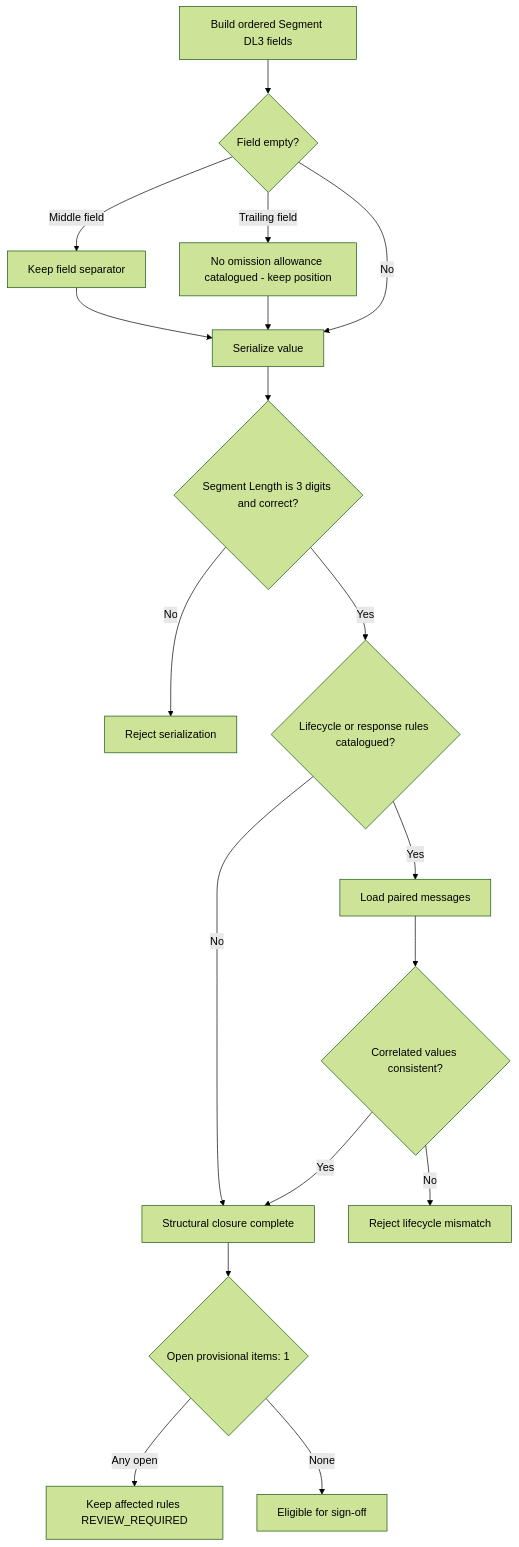
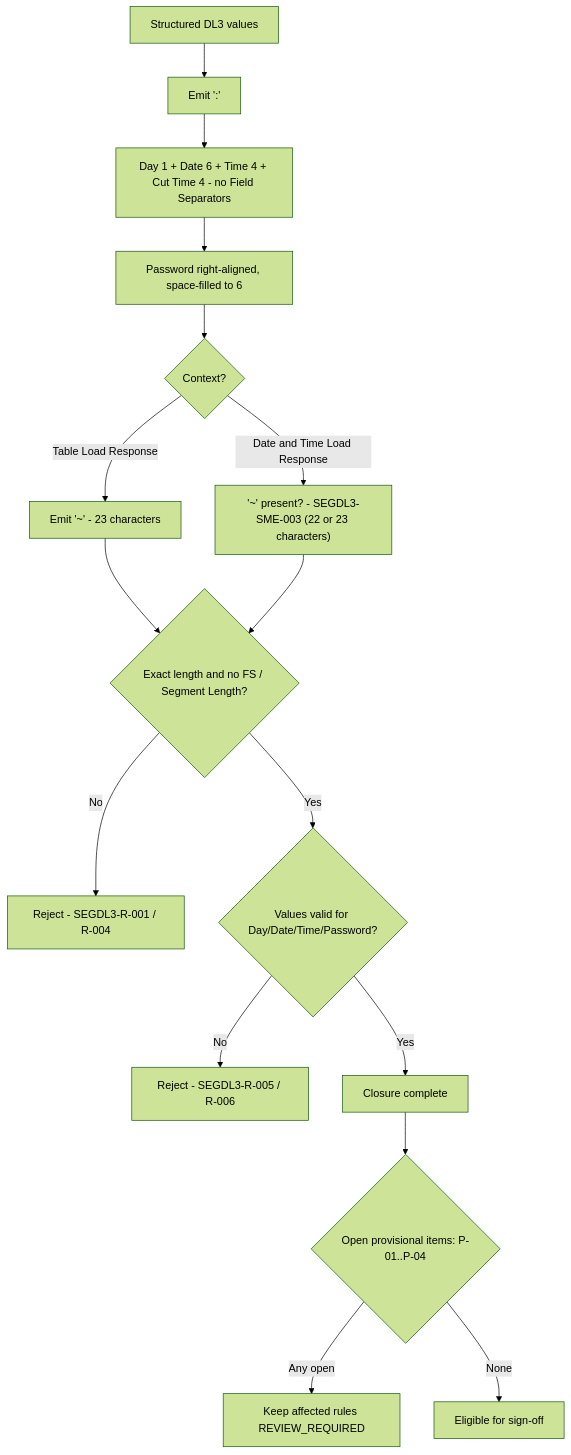
One commit to DhanSingh-hub/core-auth-ai-validation-framework changed the diagram in regression-artifact-validator/specifications/ATL105/docs/specs/kb/segment-DL3/final-closure-flow.md. Above: the diagram before and after it, drawn with Mermaid (forest theme). The commit also changed other lines of this file and 28 other files, not shown here.

First line of the commit message:
docs(segment-DL3): retrain KB module against Segment 100 and the 11.7 Date and Time Load layout

````diff
--- a/regression-artifact-validator/specifications/ATL105/docs/specs/kb/segment-DL3/final-closure-flow.md
+++ b/regression-artifact-validator/specifications/ATL105/docs/specs/kb/segment-DL3/final-closure-flow.md
@@ -3,21 +3,18 @@
 ```mermaid
 flowchart TD
-    A[Build ordered Segment DL3 fields] --> B{Field empty?}
-    B -->|Middle field| C[Keep field separator]
-    B -->|Trailing field| D[No omission allowance catalogued - keep position]
-    C --> F
-    D --> F
-    B -->|No| F[Serialize value]
-    F --> G{Segment Length is 3 digits and correct?}
-    G -->|No| X1[Reject serialization]
-    G -->|Yes| I
-    I{Lifecycle or response rules catalogued?}
-    I -->|No| Z[Structural closure complete]
-    I -->|Yes| J[Load paired messages]
-    J --> K{Correlated values consistent?}
-    K -->|No| X2[Reject lifecycle mismatch]
-    K -->|Yes| Z
-    Z --> P{Open provisional items: 1}
+    A[Structured DL3 values] --> B["Emit ':'"]
+    B --> C[Day 1 + Date 6 + Time 4 + Cut Time 4 - no Field Separators]
+    C --> D[Password right-aligned, space-filled to 6]
+    D --> E{Context?}
+    E -->|Table Load Response| F["Emit '~' - 23 characters"]
+    E -->|Date and Time Load Response| G["'~' present? - SEGDL3-SME-003 (22 or 23 characters)"]
+    F --> H{Exact length and no FS / Segment Length?}
+    G --> H
+    H -->|No| X1[Reject - SEGDL3-R-001 / R-004]
+    H -->|Yes| I{Values valid for Day/Date/Time/Password?}
+    I -->|No| X2[Reject - SEGDL3-R-005 / R-006]
+    I -->|Yes| Z[Closure complete]
+    Z --> P{Open provisional items: P-01..P-04}
     P -->|Any open| R[Keep affected rules REVIEW_REQUIRED]
     P -->|None| S[Eligible for sign-off]
 ```
````
